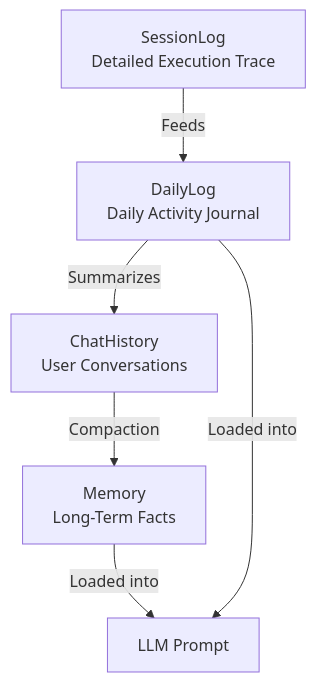
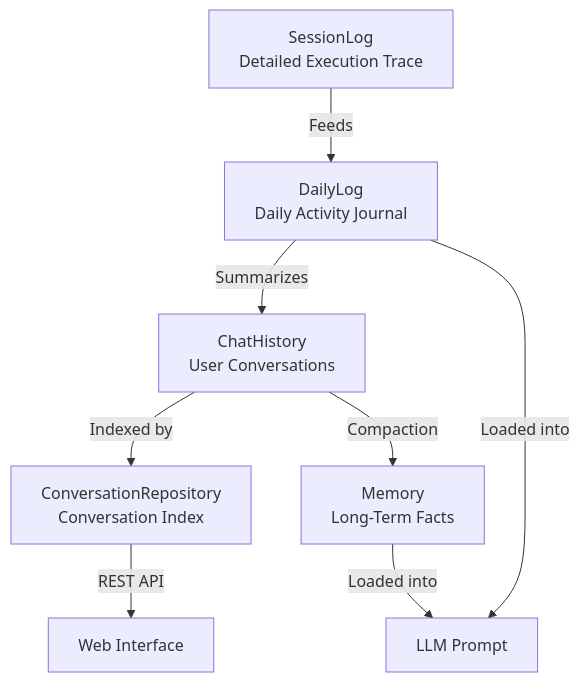
The tenth of 14 diagrams in ARCHITECTURE.md (wutsi/kokibot), drawn with Mermaid before and after one commit. The commit also changed other lines of this file and 8 other files, not shown here.

````diff
--- a/ARCHITECTURE.md
+++ b/ARCHITECTURE.md
@@ -728,9 +742,10 @@
 ```mermaid
 graph TB
     SessionLog[SessionLog<br/>Detailed Execution Trace] -->|Feeds| DailyLog[DailyLog<br/>Daily Activity Journal]
     DailyLog -->|Summarizes| ChatHistory[ChatHistory<br/>User Conversations]
+    ChatHistory -->|Indexed by| ConvRepo[ConversationRepository<br/>Conversation Index]
     ChatHistory -->|Compaction| Memory[Memory<br/>Long-Term Facts]
-    
+    ConvRepo -->|REST API| WebUI[Web Interface]
     Memory -->|Loaded into| Prompt[LLM Prompt]
     DailyLog -->|Loaded into| Prompt
 ```
````
